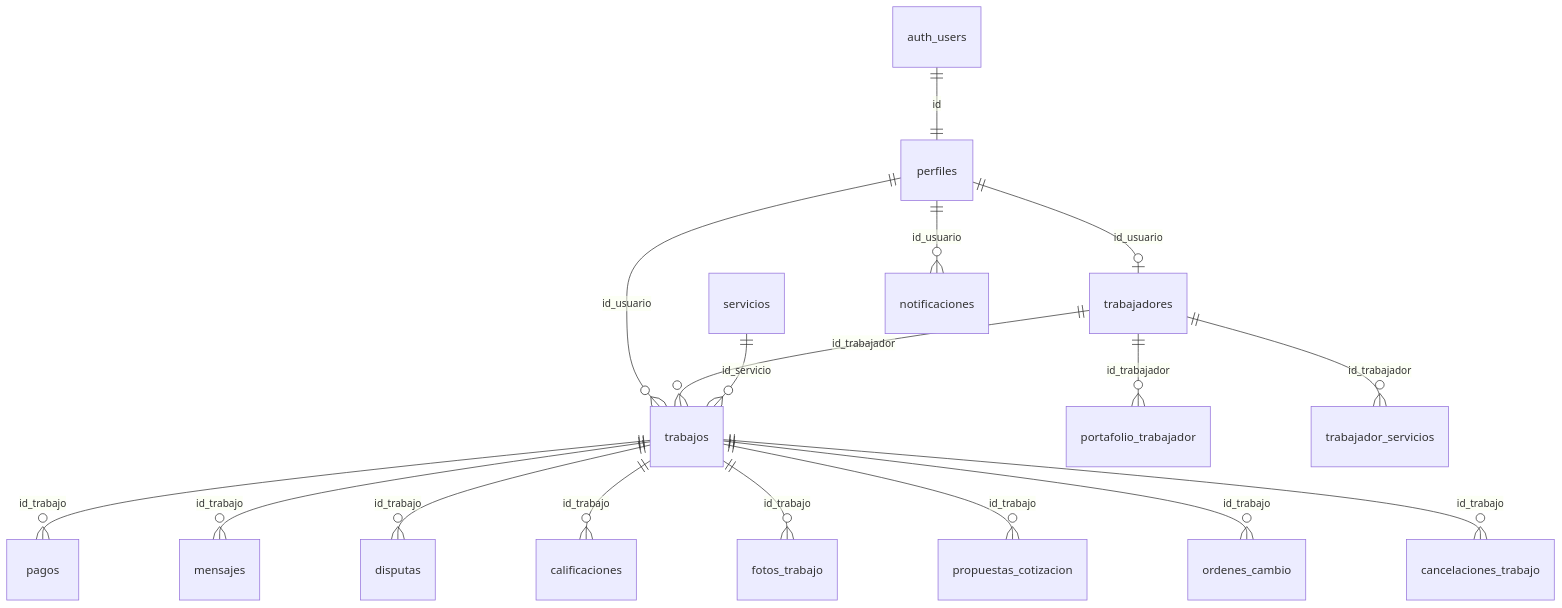
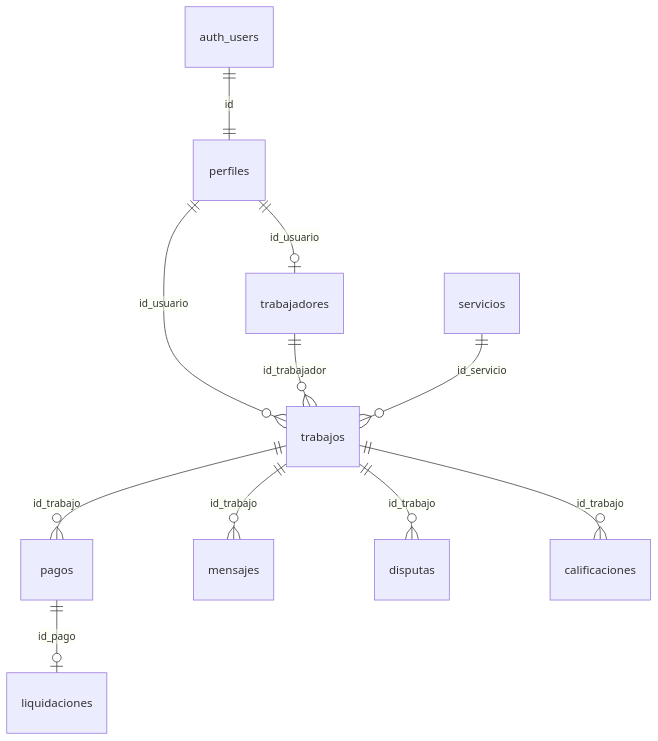
The diagram in docs/DICCIONARIO_BASE_DATOS.md (MathiasAlejandr0/MyWorksAppProyect), drawn with Mermaid before and after one commit. The commit also changed other lines of this file, not shown here.

First line of the commit message:
docs: actualizar diccionario BD a v1.6 (Webpay y liquidaciones)

````diff
--- a/docs/DICCIONARIO_BASE_DATOS.md
+++ b/docs/DICCIONARIO_BASE_DATOS.md
@@ -33,19 +47,13 @@
 ```mermaid
 erDiagram
   auth_users ||--|| perfiles : "id"
   perfiles ||--o| trabajadores : "id_usuario"
   perfiles ||--o{ trabajos : "id_usuario"
   trabajadores ||--o{ trabajos : "id_trabajador"
   servicios ||--o{ trabajos : "id_servicio"
   trabajos ||--o{ pagos : "id_trabajo"
+  pagos ||--o| liquidaciones : "id_pago"
   trabajos ||--o{ mensajes : "id_trabajo"
   trabajos ||--o{ disputas : "id_trabajo"
   trabajos ||--o{ calificaciones : "id_trabajo"
-  trabajos ||--o{ fotos_trabajo : "id_trabajo"
-  trabajos ||--o{ propuestas_cotizacion : "id_trabajo"
-  trabajos ||--o{ ordenes_cambio : "id_trabajo"
-  trabajos ||--o{ cancelaciones_trabajo : "id_trabajo"
-  trabajadores ||--o{ portafolio_trabajador : "id_trabajador"
-  trabajadores ||--o{ trabajador_servicios : "id_trabajador"
-  perfiles ||--o{ notificaciones : "id_usuario"
 ```
````
